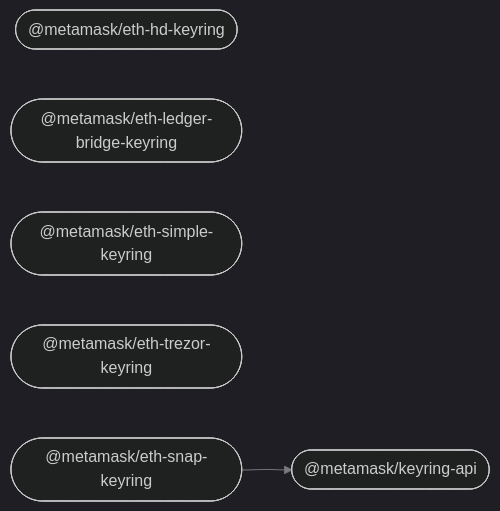
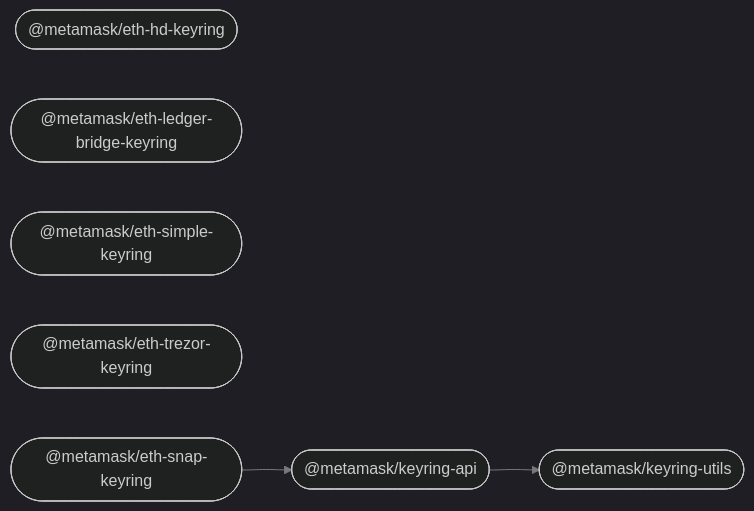
The diagram in README.md (MetaMask/accounts), drawn with Mermaid (dark theme) before and after one commit. The commit also changed other lines of this file, not shown here.

````diff
--- a/README.md
+++ b/README.md
@@ -24,12 +25,14 @@
 ```mermaid
 %%{ init: { 'flowchart': { 'curve': 'bumpX' } } }%%
 graph LR;
 linkStyle default opacity:0.5
   keyring_api(["@metamask/keyring-api"]);
   eth_hd_keyring(["@metamask/eth-hd-keyring"]);
   eth_ledger_bridge_keyring(["@metamask/eth-ledger-bridge-keyring"]);
   eth_simple_keyring(["@metamask/eth-simple-keyring"]);
   eth_trezor_keyring(["@metamask/eth-trezor-keyring"]);
   eth_snap_keyring(["@metamask/eth-snap-keyring"]);
+  keyring_utils(["@metamask/keyring-utils"]);
+  keyring_api --> keyring_utils;
   eth_snap_keyring --> keyring_api;
 ```
````
